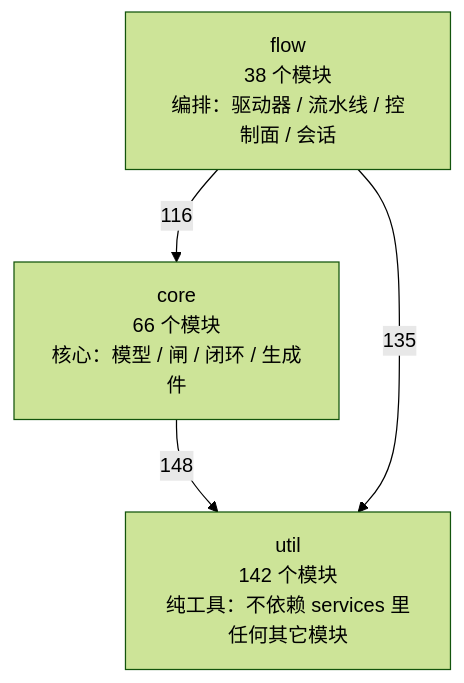
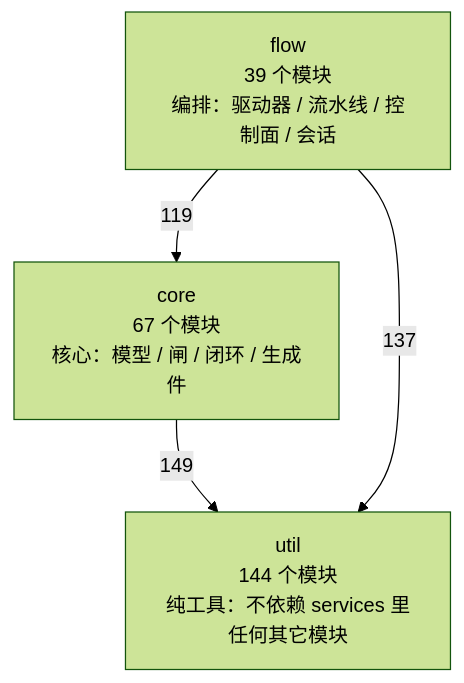
Before and after one commit to 2686521696/WhyBuddy: the first of 4 diagrams in docs/SlideRule V6.2 架构图（自动生成）.md, drawn with Mermaid (forest theme). The commit also changed other lines of this file and 49 other files, not shown here.

````diff
--- a/docs/SlideRule V6.2 架构图（自动生成）.md
+++ b/docs/SlideRule V6.2 架构图（自动生成）.md
@@ -50,9 +50,9 @@
 ```mermaid
 flowchart TB
-  util["util<br/>142 个模块<br/>纯工具：不依赖 services 里任何其它模块"]
-  core["core<br/>66 个模块<br/>核心：模型 / 闸 / 闭环 / 生成件"]
-  flow["flow<br/>38 个模块<br/>编排：驱动器 / 流水线 / 控制面 / 会话"]
-  core -->|148| util
-  flow -->|116| core
-  flow -->|135| util
+  util["util<br/>144 个模块<br/>纯工具：不依赖 services 里任何其它模块"]
+  core["core<br/>67 个模块<br/>核心：模型 / 闸 / 闭环 / 生成件"]
+  flow["flow<br/>39 个模块<br/>编排：驱动器 / 流水线 / 控制面 / 会话"]
+  core -->|149| util
+  flow -->|119| core
+  flow -->|137| util
 ```
````
